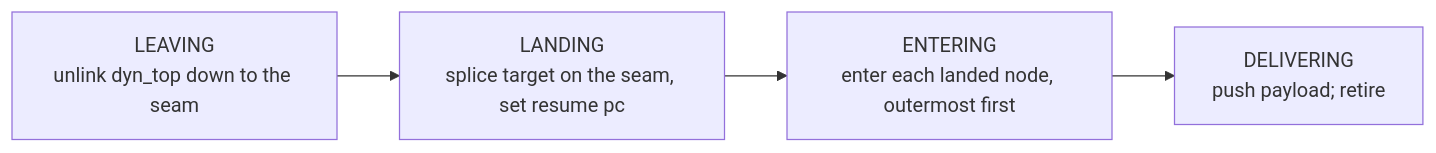
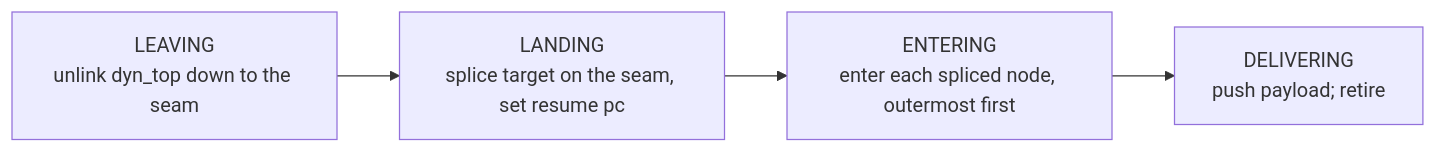
The tenth of 12 diagrams in design/EVALUATOR.md (koskari-lang/koskari), drawn with Mermaid before and after one commit. The commit also changed other lines of this file, not shown here.

````diff
--- a/design/EVALUATOR.md
+++ b/design/EVALUATOR.md
@@ -1001,8 +1001,8 @@
 ```mermaid
 flowchart LR
     LEAVING["LEAVING<br/>unlink dyn_top down to the seam"]
     LANDING["LANDING<br/>splice target on the seam, set resume pc"]
-    ENTERING["ENTERING<br/>enter each landed node, outermost first"]
+    ENTERING["ENTERING<br/>enter each spliced node, outermost first"]
     DELIVERING["DELIVERING<br/>push payload; retire"]
     LEAVING --> LANDING --> ENTERING --> DELIVERING
 ```
````
